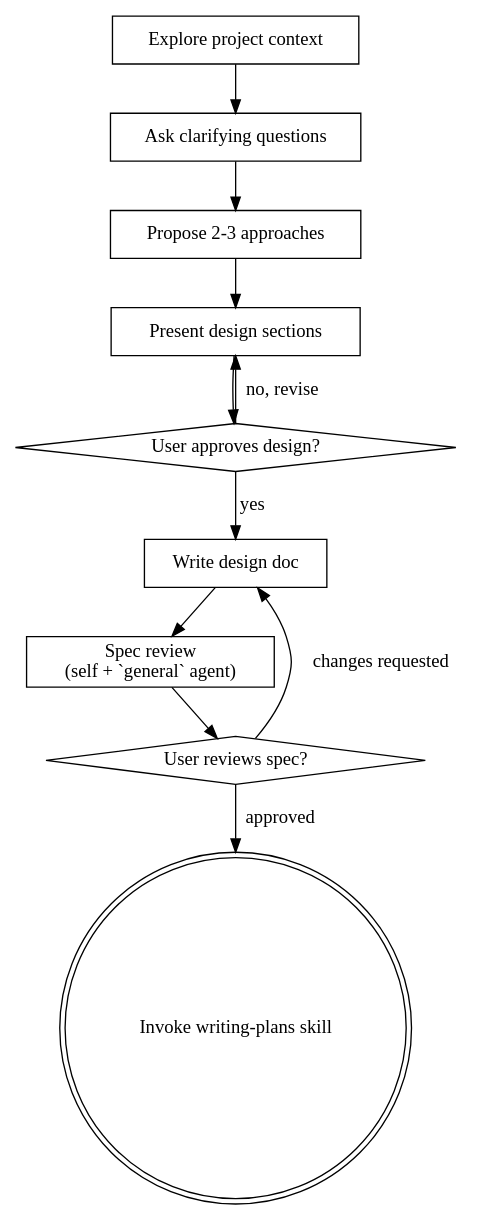
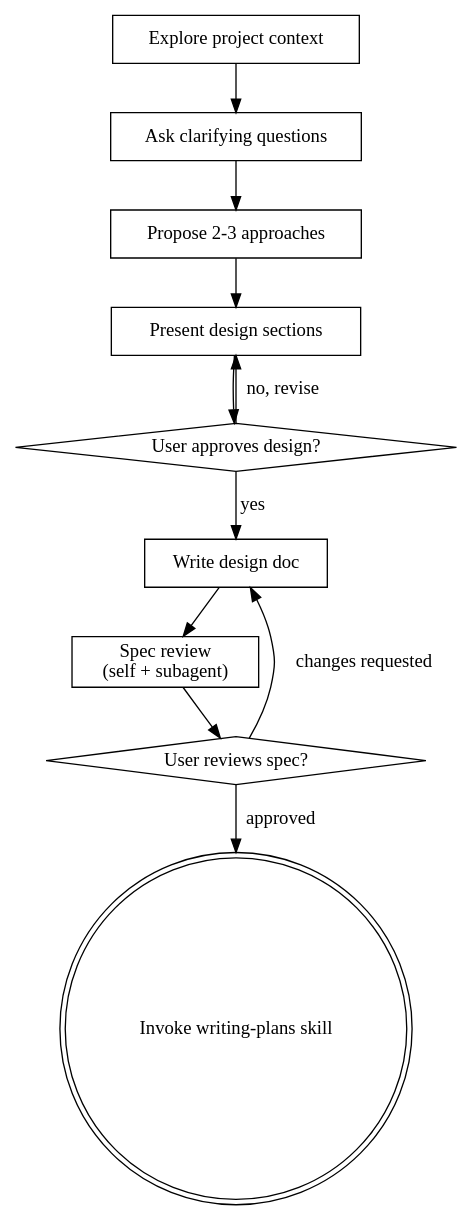
Before and after one commit to MH221B/skills: the diagram in brainstorming/SKILL.md, drawn with Graphviz. The commit also changed other lines of this file and 4 other files, not shown here.

````diff
--- a/brainstorming/SKILL.md
+++ b/brainstorming/SKILL.md
@@ -35,24 +35,24 @@
 ```dot
 digraph brainstorming {
     "Explore project context" [shape=box];
     "Ask clarifying questions" [shape=box];
     "Propose 2-3 approaches" [shape=box];
     "Present design sections" [shape=box];
     "User approves design?" [shape=diamond];
     "Write design doc" [shape=box];
-    "Spec review\n(self + `general` agent)" [shape=box];
+    "Spec review\n(self + subagent)" [shape=box];
     "User reviews spec?" [shape=diamond];
     "Invoke writing-plans skill" [shape=doublecircle];
 
     "Explore project context" -> "Ask clarifying questions";
     "Ask clarifying questions" -> "Propose 2-3 approaches";
     "Propose 2-3 approaches" -> "Present design sections";
     "Present design sections" -> "User approves design?";
     "User approves design?" -> "Present design sections" [label="no, revise"];
     "User approves design?" -> "Write design doc" [label="yes"];
-    "Write design doc" -> "Spec review\n(self + `general` agent)";
-    "Spec review\n(self + `general` agent)" -> "User reviews spec?";
+    "Write design doc" -> "Spec review\n(self + subagent)";
+    "Spec review\n(self + subagent)" -> "User reviews spec?";
     "User reviews spec?" -> "Write design doc" [label="changes requested"];
     "User reviews spec?" -> "Invoke writing-plans skill" [label="approved"];
 }
 ```
````
